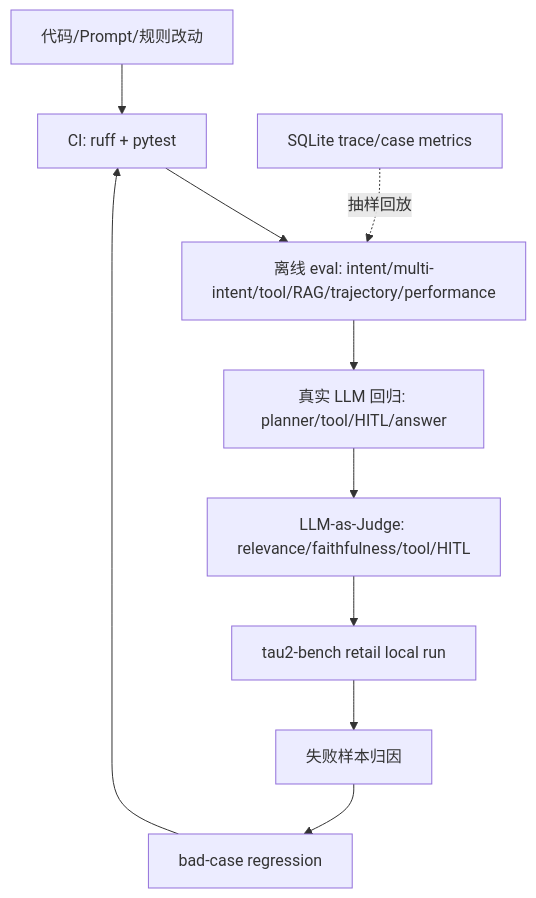
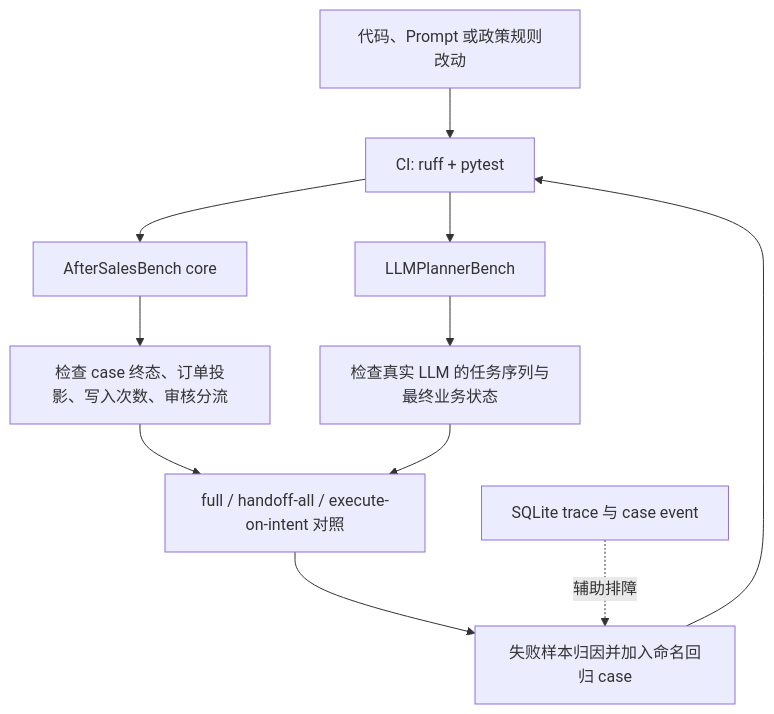
Before and after one commit to bigfish-emily/commerce-support-agent: the sixth of 6 diagrams in docs/ARCHITECTURE_DIAGRAMS.md, drawn with Mermaid. The commit also changed other lines of this file and 29 other files, not shown here.

Commit message:
refine customer after-sales workflow

````diff
--- a/docs/ARCHITECTURE_DIAGRAMS.md
+++ b/docs/ARCHITECTURE_DIAGRAMS.md
@@ -172,12 +173,13 @@
 ```mermaid
 flowchart TD
-    Code[代码/Prompt/规则改动] --> CI[CI: ruff + pytest]
-    CI --> Offline[离线 eval: intent/multi-intent/tool/RAG/trajectory/performance]
-    Offline --> Live[真实 LLM 回归: planner/tool/HITL/answer]
-    Live --> Judge[LLM-as-Judge: relevance/faithfulness/tool/HITL]
-    Judge --> Tau[tau2-bench retail local run]
-    Tau --> BadCase[失败样本归因]
-    BadCase --> Regression[bad-case regression]
-    Regression --> CI
-    Trace[SQLite trace/case metrics] -.抽样回放.-> Offline
+    Change[代码、Prompt 或政策规则改动] --> Unit[CI: ruff + pytest]
+    Unit --> Core[AfterSalesBench core]
+    Unit --> Planner[LLMPlannerBench]
+    Core --> Oracle[检查 case 终态、订单投影、写入次数、审核分流]
+    Planner --> Plan[检查真实 LLM 的任务序列与最终业务状态]
+    Oracle --> Ablation[full / handoff-all / execute-on-intent 对照]
+    Plan --> Ablation
+    Ablation --> BadCase[失败样本归因并加入命名回归 case]
+    BadCase --> Unit
+    Trace[SQLite trace 与 case event] -.辅助排障.-> BadCase
 ```
````
